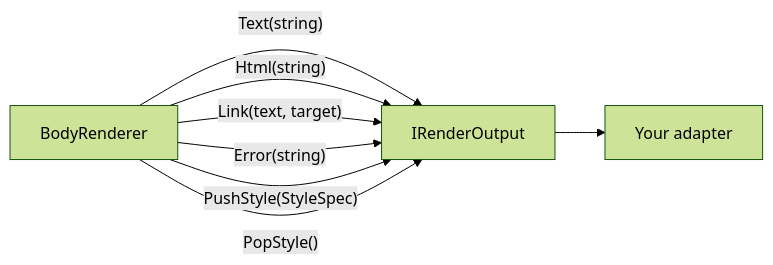
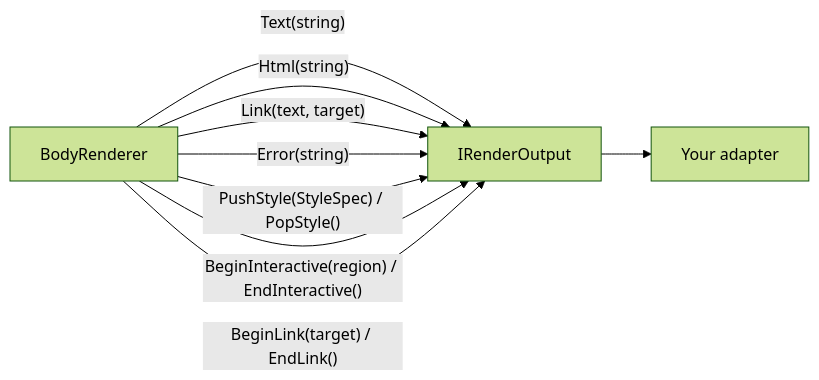
Before and after one commit to RaheelYawar/twinelike: the second of 6 diagrams in ARCHITECTURE.md, drawn with Mermaid (forest theme). The commit also changed other lines of this file and 16 other files, not shown here.

Commit message:
`RenderLinkNode` rework, `BeginLink`/`EndLink` semantic events, and idempotency in enchantment and interaction handling.

````diff
--- a/ARCHITECTURE.md
+++ b/ARCHITECTURE.md
@@ -74,10 +74,11 @@
 ```mermaid
 flowchart LR
   R[BodyRenderer] -->|"Text(string)"| O[IRenderOutput]
   R -->|"Html(string)"| O
   R -->|"Link(text, target)"| O
   R -->|"Error(string)"| O
-  R -->|"PushStyle(StyleSpec)"| O
-  R -->|"PopStyle()"| O
+  R -->|"PushStyle(StyleSpec) / PopStyle()"| O
+  R -->|"BeginInteractive(region) / EndInteractive()"| O
+  R -->|"BeginLink(target) / EndLink()"| O
   O --> Y[Your adapter]
 ```
````
